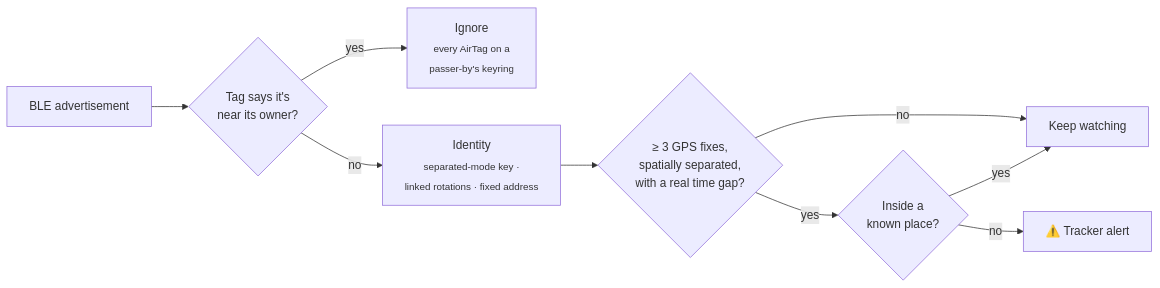
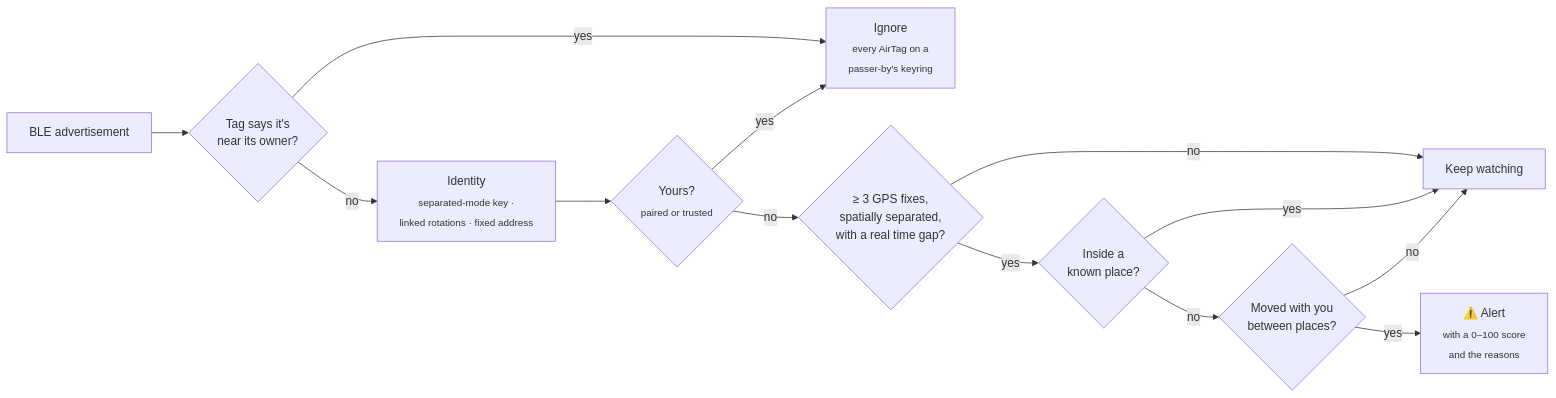
The diagram in README.md (aubergine-ux/ambit), drawn with Mermaid before and after one commit. The commit also changed other lines of this file, not shown here.

````diff
--- a/README.md
+++ b/README.md
@@ -154,11 +156,15 @@
 ```mermaid
 flowchart LR
     A[BLE advertisement] --> B{"Tag says it's<br/>near its owner?"}
     B -- yes --> X[Ignore<br/><sub>every AirTag on a<br/>passer-by's keyring</sub>]
     B -- no --> C["Identity<br/><sub>separated-mode key ·<br/>linked rotations · fixed address</sub>"]
-    C --> D{"≥ 3 GPS fixes,<br/>spatially separated,<br/>with a real time gap?"}
+    C --> T{Yours?<br/><sub>paired or trusted</sub>}
+    T -- yes --> X
+    T -- no --> D{"≥ 3 GPS fixes,<br/>spatially separated,<br/>with a real time gap?"}
     D -- no --> E[Keep watching]
     D -- yes --> F{Inside a<br/>known place?}
     F -- yes --> E
-    F -- no --> G[⚠️ Tracker alert]
+    F -- no --> H{"Moved with you<br/>between places?"}
+    H -- no --> E
+    H -- yes --> G["⚠️ Alert<br/><sub>with a 0–100 score<br/>and the reasons</sub>"]
 ```
````
